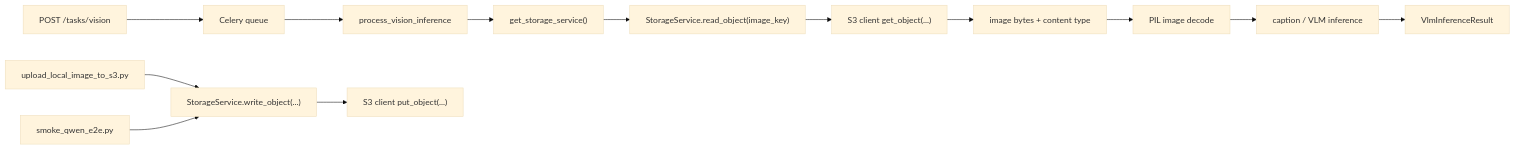
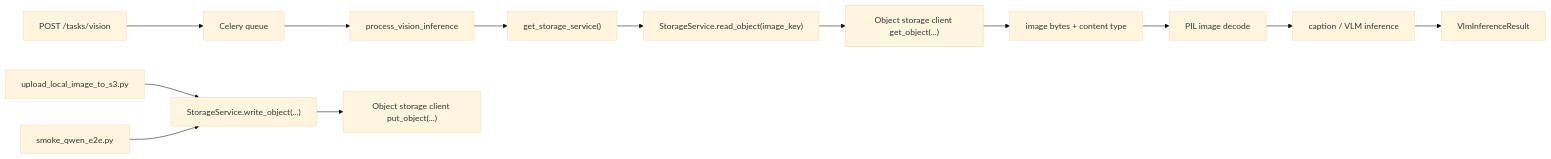
The diagram in docs/architecture/queue-flow.md (Junnhwi/smart-glass-project), drawn with Mermaid (base theme) before and after one commit. The commit also changed other lines of this file and 23 other files, not shown here.

First line of the commit message:
refactor: 네이버클라우드 object storage 기준으로 스토리지 설정 전환

````diff
--- a/docs/architecture/queue-flow.md
+++ b/docs/architecture/queue-flow.md
@@ -10,16 +10,16 @@
 ```mermaid
 flowchart LR
   A["POST /tasks/vision"] --> B["Celery queue"]
   B --> C["process_vision_inference"]
   C --> D["get_storage_service()"]
   D --> E["StorageService.read_object(image_key)"]
-  E --> F["S3 client get_object(...)"]
+  E --> F["Object storage client get_object(...)"]
   F --> G["image bytes + content type"]
   G --> H["PIL image decode"]
   H --> I["caption / VLM inference"]
   I --> J["VlmInferenceResult"]
 
   K["upload_local_image_to_s3.py"] --> L["StorageService.write_object(...)"]
   M["smoke_qwen_e2e.py"] --> L
-  L --> N["S3 client put_object(...)"]
+  L --> N["Object storage client put_object(...)"]
 ```
````
